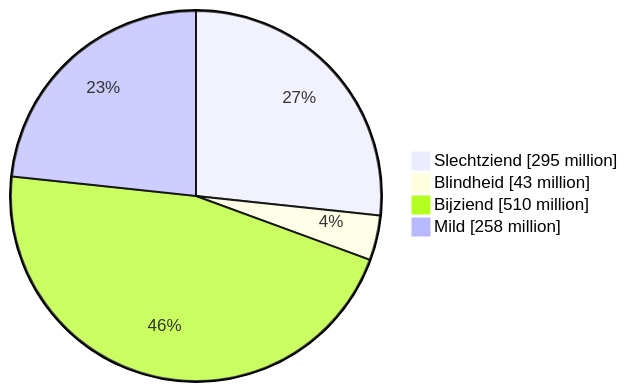
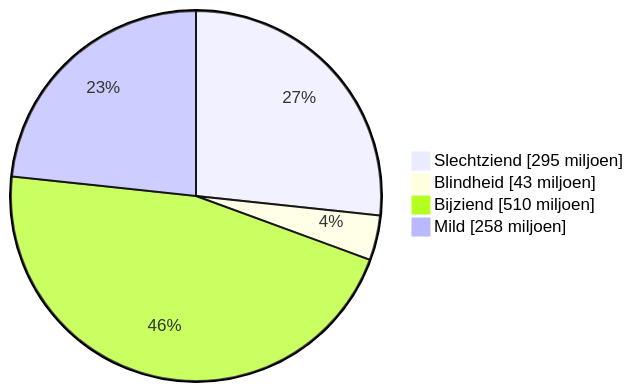
The first of 12 diagrams in documentatie/Onderzoeksdocument.md (HU-ICT-LAB/VR-Cache), drawn with Mermaid before and after one commit.

````diff
--- a/documentatie/Onderzoeksdocument.md
+++ b/documentatie/Onderzoeksdocument.md
@@ -224,7 +224,7 @@
   ```mermaid
   pie
-    "Slechtziend [295 million]" : 295091908
-    "Blindheid [43 million]" : 43279994
-    "Bijziend [510 million]" : 509689139
-    "Mild [258 million]" : 257832316
+    "Slechtziend [295 miljoen]" : 295091908
+    "Blindheid [43 miljoen]" : 43279994
+    "Bijziend [510 miljoen]" : 509689139
+    "Mild [258 miljoen]" : 257832316
   ```
````
